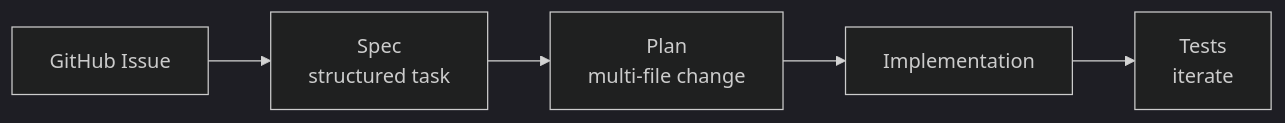
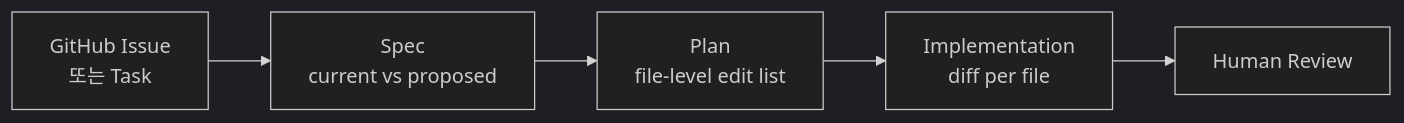
Before and after one commit to kim62210/llm-wiki: the second of 2 diagrams in wiki/agents/production-agent-architectures.md, drawn with Mermaid (dark theme). The commit also changed other lines of this file and 64 other files, not shown here.

````diff
--- a/wiki/agents/production-agent-architectures.md
+++ b/wiki/agents/production-agent-architectures.md
@@ -99,7 +99,7 @@
 ```mermaid
 flowchart LR
-    Issue[GitHub Issue] --> Spec[Spec<br/>structured task]
-    Spec --> Plan[Plan<br/>multi-file change]
-    Plan --> Impl[Implementation]
-    Impl --> Tests[Tests<br/>iterate]
+    Issue[GitHub Issue<br/>또는 Task] --> Spec[Spec<br/>current vs proposed]
+    Spec --> Plan[Plan<br/>file-level edit list]
+    Plan --> Impl[Implementation<br/>diff per file]
+    Impl --> Review[Human Review]
 ```
````
